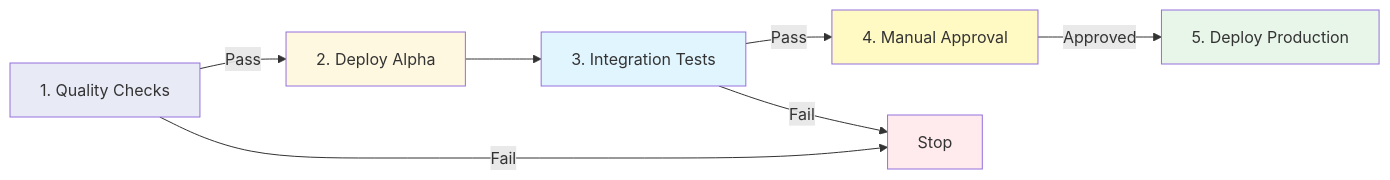
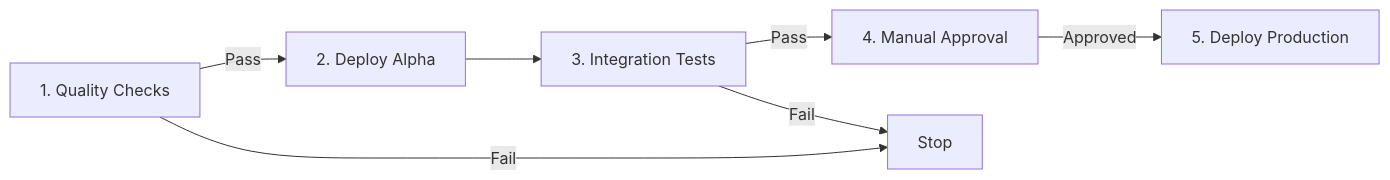
Before and after one commit to antho104/RoleReady: the third of 4 diagrams in docs/PIPELINE.md, drawn with Mermaid. The commit also changed other lines of this file, not shown here.

First line of the commit message:
docs: remove diagram color styling for better text contrast

````diff
--- a/docs/PIPELINE.md
+++ b/docs/PIPELINE.md
@@ -67,17 +56,10 @@
 ```mermaid
 graph LR
     A[1. Quality Checks] -->|Pass| B[2. Deploy Alpha]
     B --> C[3. Integration Tests]
     C -->|Pass| D[4. Manual Approval]
     D -->|Approved| E[5. Deploy Production]
 
     A -->|Fail| X[Stop]
     C -->|Fail| X
-
-    style A fill:#e8eaf6
-    style B fill:#fff8e1
-    style C fill:#e1f5fe
-    style D fill:#fff9c4
-    style E fill:#e8f5e9
-    style X fill:#ffebee
 ```
````
